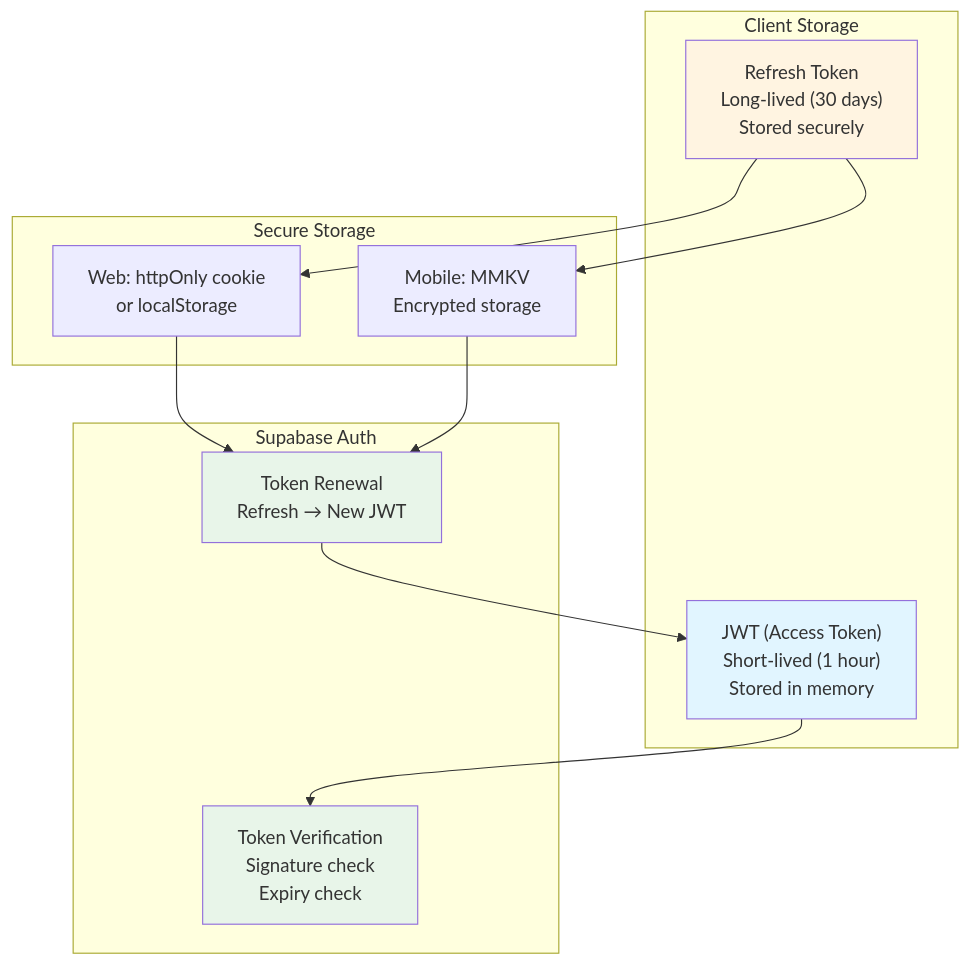
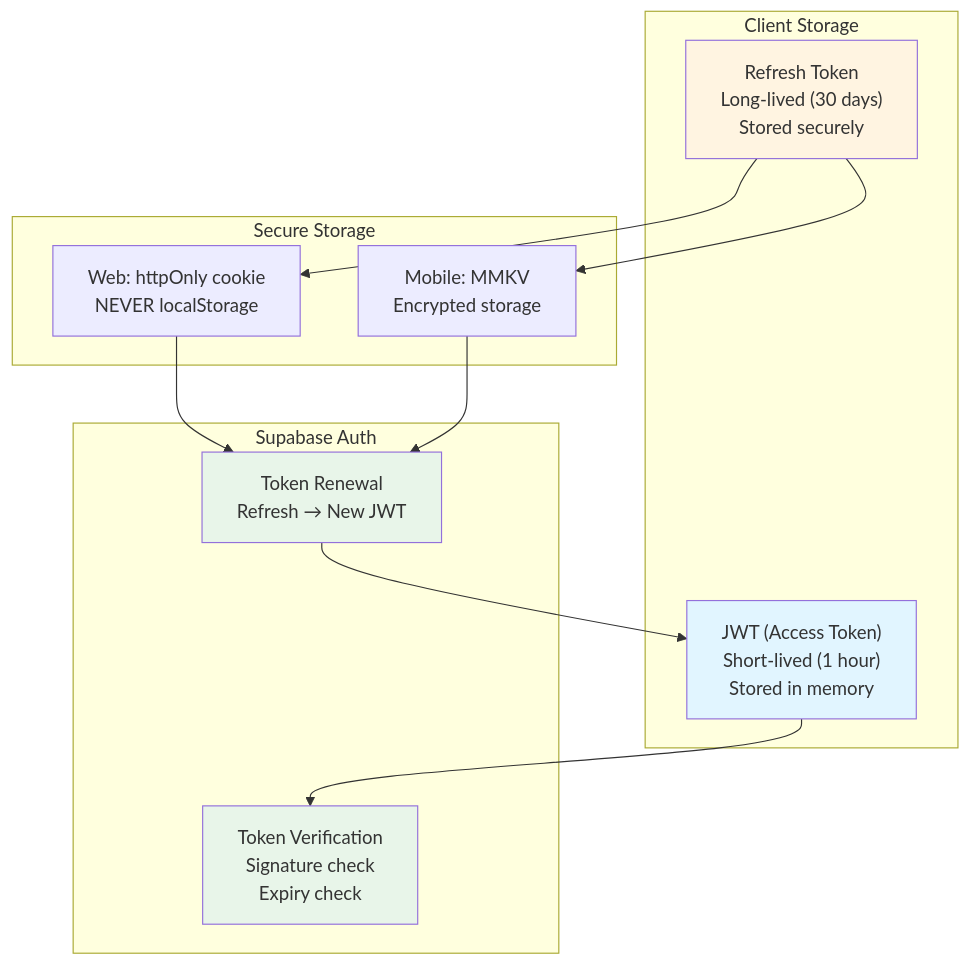
The fourth of 6 diagrams in docs/SECURITY_IMPLEMENTATION.md (willbnu/Product-Blueprint), drawn with Mermaid before and after one commit. The commit also changed other lines of this file and 1 other file, not shown here.

````diff
--- a/docs/SECURITY_IMPLEMENTATION.md
+++ b/docs/SECURITY_IMPLEMENTATION.md
@@ -256,29 +233,29 @@
 ```mermaid
 graph TB
     subgraph "Client Storage"
         JWT["JWT (Access Token)<br/>Short-lived (1 hour)<br/>Stored in memory"]
         Refresh["Refresh Token<br/>Long-lived (30 days)<br/>Stored securely"]
     end
 
     subgraph "Secure Storage"
         Mobile["Mobile: MMKV<br/>Encrypted storage"]
-        Web["Web: httpOnly cookie<br/>or localStorage"]
+        Web["Web: httpOnly cookie<br/>NEVER localStorage"]
     end
 
     subgraph "Supabase Auth"
         Verify["Token Verification<br/>Signature check<br/>Expiry check"]
         Renew["Token Renewal<br/>Refresh → New JWT"]
     end
 
     JWT --> Verify
     Refresh --> Mobile
     Refresh --> Web
     Web --> Renew
     Mobile --> Renew
     Renew --> JWT
 
     style JWT fill:#e1f5ff
     style Refresh fill:#fff4e1
     style Verify fill:#e8f5e9
     style Renew fill:#e8f5e9
 ```
````
